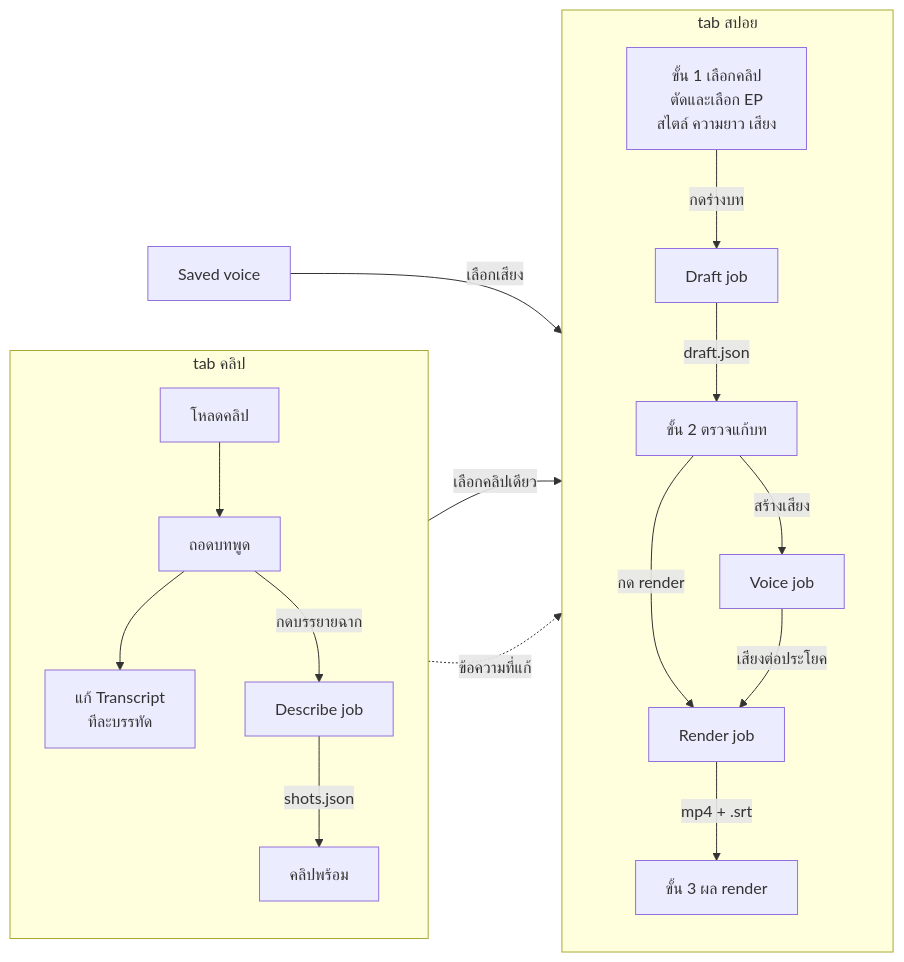
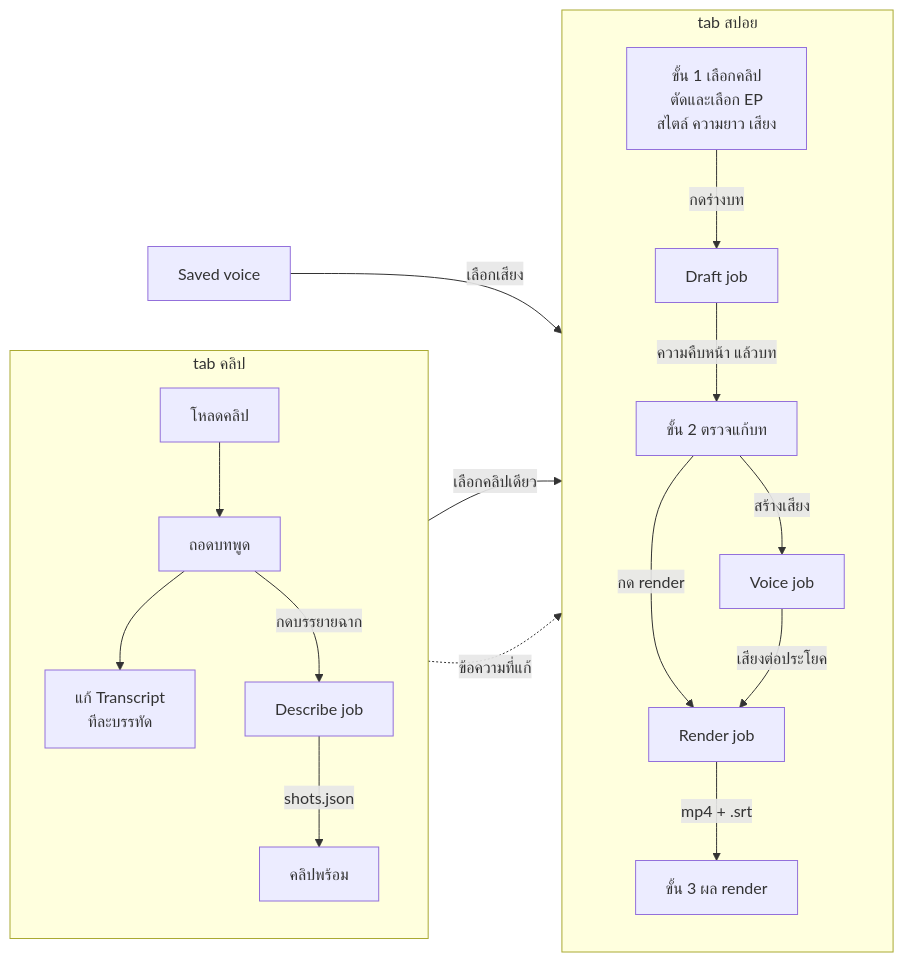
Before and after one commit to mousemouse094526/framecraft: the first of 5 diagrams in docs/features/spoil-maker/flow.md, drawn with Mermaid. The commit also changed other lines of this file and 21 other files, not shown here.

````diff
--- a/docs/features/spoil-maker/flow.md
+++ b/docs/features/spoil-maker/flow.md
@@ -14,22 +14,22 @@
 ```mermaid
 flowchart LR
     subgraph clips["tab คลิป"]
         direction TB
         dl["โหลดคลิป"] --> tr["ถอดบทพูด"]
         tr --> edit["แก้ Transcript<br/>ทีละบรรทัด"]
         tr -->|กดบรรยายฉาก| describe["Describe job"]
         describe -->|shots.json| ready["คลิปพร้อม"]
     end
     subgraph spoil["tab สปอย"]
         direction TB
         setup["ขั้น 1 เลือกคลิป<br/>ตัดและเลือก EP<br/>สไตล์ ความยาว เสียง"] -->|กดร่างบท| draftjob["Draft job"]
-        draftjob -->|draft.json| review["ขั้น 2 ตรวจแก้บท"]
+        draftjob -->|ความคืบหน้า แล้วบท| review["ขั้น 2 ตรวจแก้บท"]
         review -->|สร้างเสียง| voicejob["Voice job"]
         review -->|กด render| render["Render job"]
         voicejob -->|เสียงต่อประโยค| render
         render -->|mp4 + .srt| renders["ขั้น 3 ผล render"]
     end
     ready -->|เลือกคลิปเดียว| setup
     edit -.->|ข้อความที่แก้| setup
     voice["Saved voice"] -->|เลือกเสียง| setup
 ```
````
